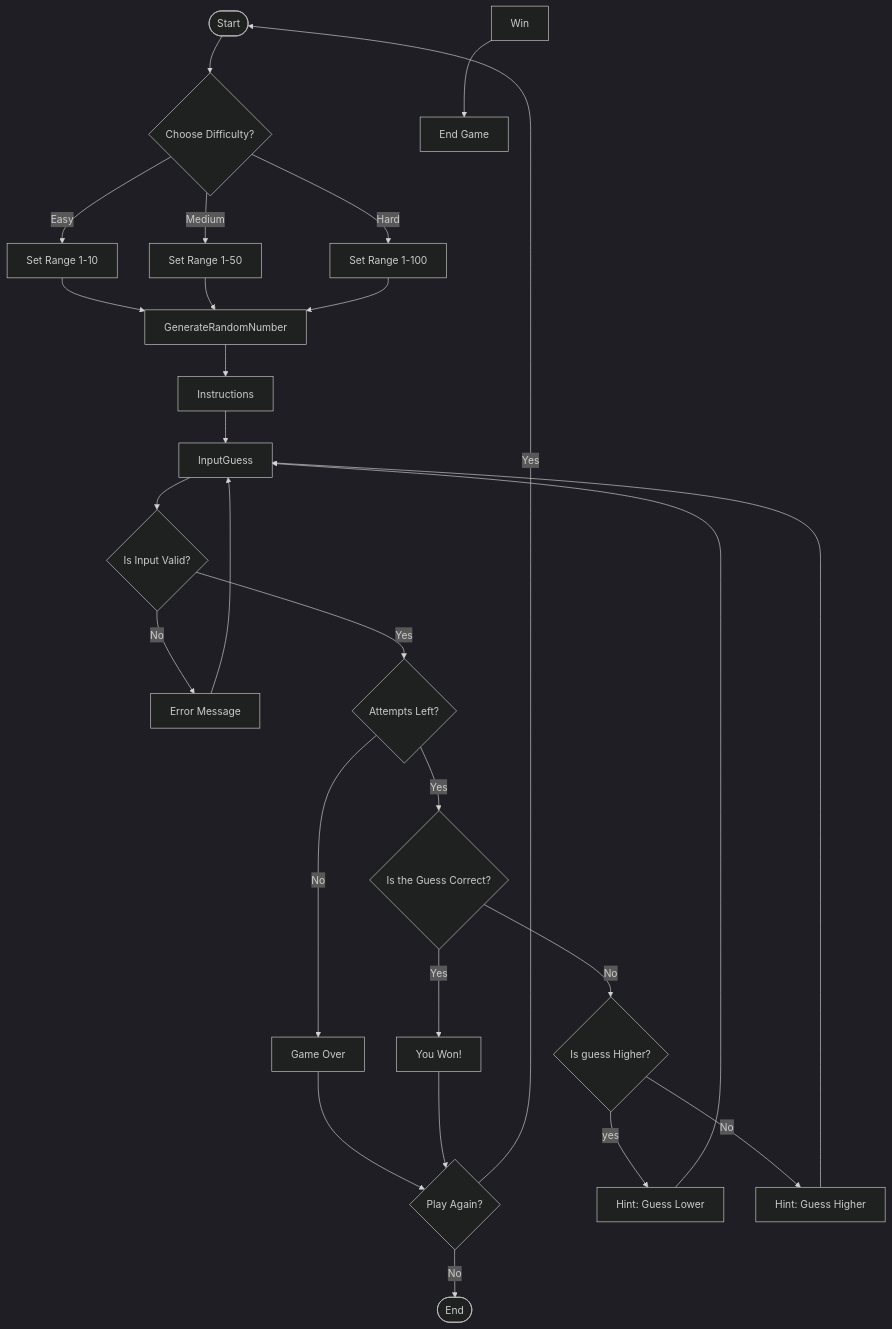
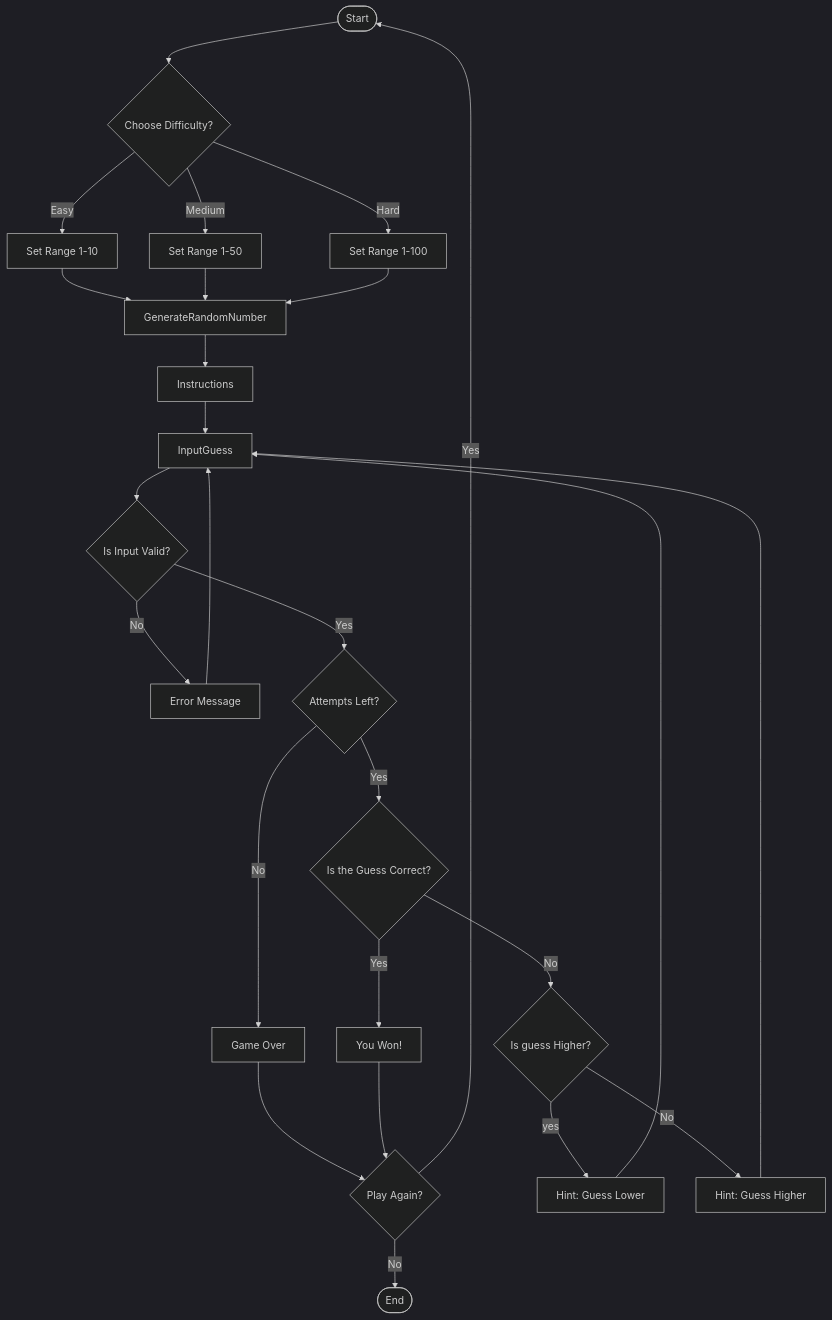
The diagram in Guessing.md (Huzaifa8000/huzaifa8000.github.io), drawn with Mermaid (dark theme) before and after one commit.

Commit message:
Update Guessing.md
shortened code and removed unnecessary line

````diff
--- a/Guessing.md
+++ b/Guessing.md
@@ -1,26 +1,25 @@
 ```mermaid
 flowchart TD
   Start([Start]) --> Difficulty{Choose Difficulty?}
   Difficulty -->|Easy| SetRangeEasy[Set Range 1-10]
   Difficulty -->|Medium| SetRangeMed[Set Range 1-50]
   Difficulty -->|Hard| SetRangeHard[Set Range 1-100]
   SetRangeEasy & SetRangeMed & SetRangeHard --> GenerateRandomNumber
   GenerateRandomNumber --> Instructions[Instructions]
   Instructions --> InputGuess
   InputGuess --> ValidateInput{Is Input Valid?}
   ValidateInput -- No --> InvalidInput[Error Message] --> InputGuess
   ValidateInput -- Yes --> AttemptsCheck{Attempts Left?}
   AttemptsCheck -- No --> OutOfAttempts[Game Over]
   OutOfAttempts --> PlayAgain{Play Again?}
   PlayAgain -- Yes --> Start
   PlayAgain -- No --> End([End])
   AttemptsCheck -- Yes --> CheckGuess{Is the Guess Correct?}
   CheckGuess -- Yes --> Congratulate[You Won!]
   Congratulate --> PlayAgain
   CheckGuess -- No --> CheckHigher{Is guess Higher?}
    CheckHigher --> |yes| HintLower[Hint: Guess Lower]
    CheckHigher --> |No| HintHigher[Hint: Guess Higher]
    HintLower --> InputGuess
    HintHigher --> InputGuess
-   Win --> END[End Game] 
 ```
````
